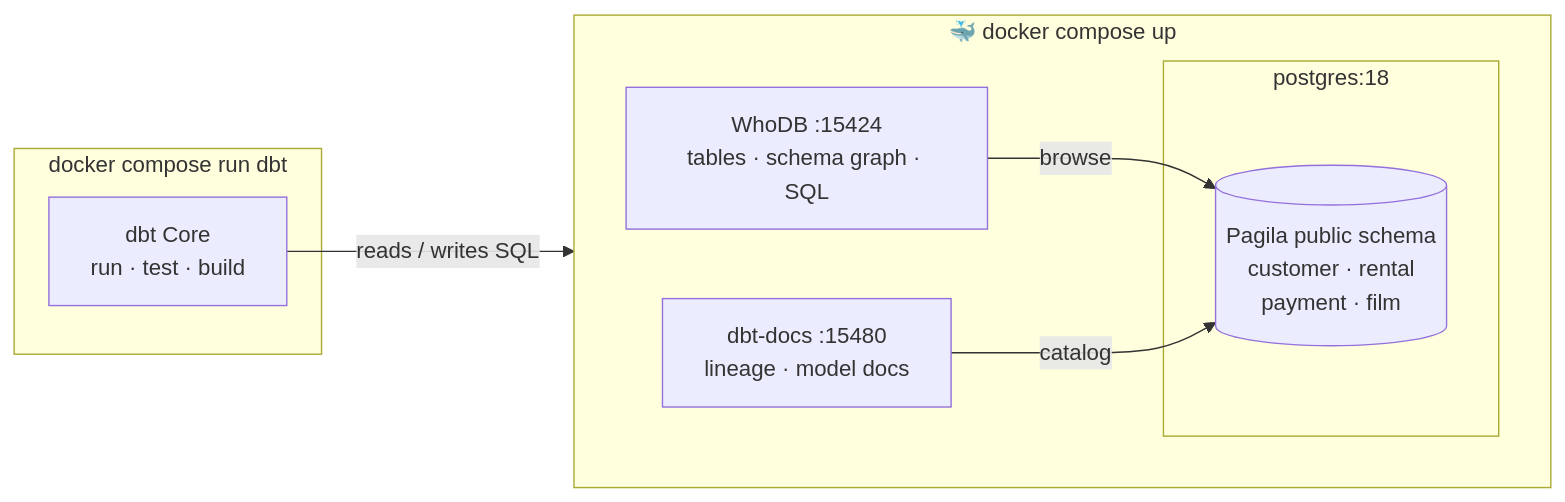
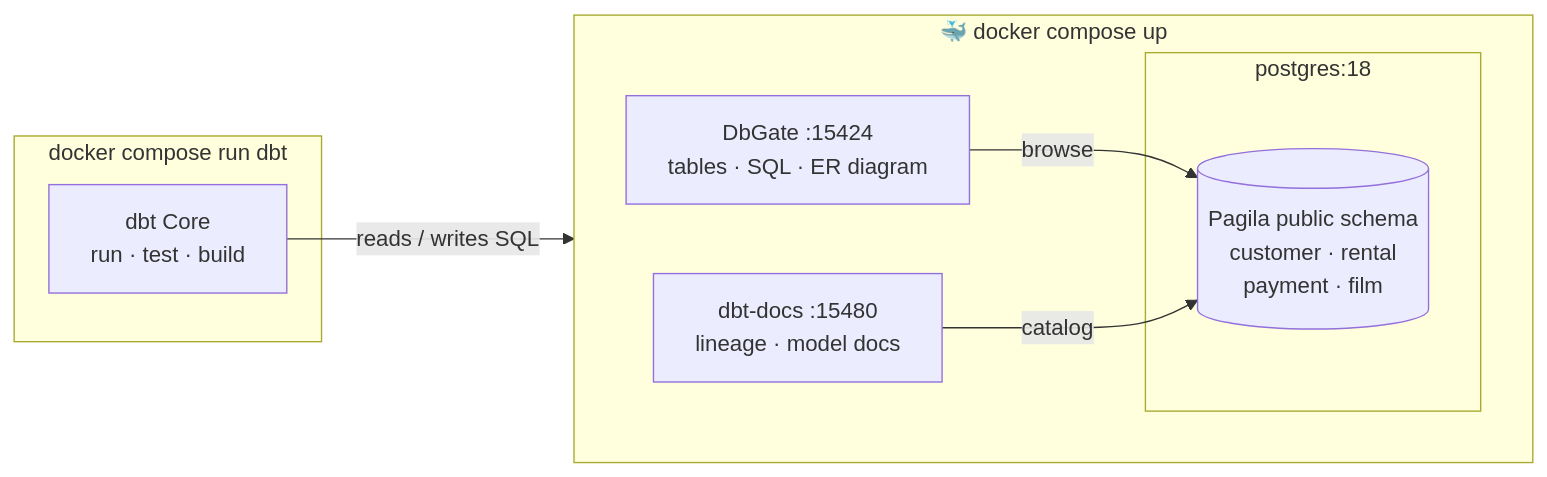
One commit to adnlab/dbt_pagilla changed the first of 2 diagrams in README.md. Above: the diagram before and after it, drawn with Mermaid. The commit also changed other lines of this file and 61 other files, not shown here.

````diff
--- a/README.md
+++ b/README.md
@@ -19,17 +19,17 @@
 ```mermaid
 flowchart LR
     subgraph docker["🐳 docker compose up"]
         direction LR
         subgraph pg["postgres:18"]
             raw[("Pagila public schema<br/>customer · rental<br/>payment · film")]
         end
-        whodb["WhoDB :15424<br/>tables · schema graph · SQL"]
+        dbgate["DbGate :15424<br/>tables · SQL · ER diagram"]
         docs["dbt-docs :15480<br/>lineage · model docs"]
     end
     subgraph ondemand["docker compose run dbt"]
         dbt["dbt Core<br/>run · test · build"]
     end
-    whodb -->|browse| raw
+    dbgate -->|browse| raw
     docs -->|catalog| raw
     dbt -->|reads / writes SQL| raw
 ```
````
